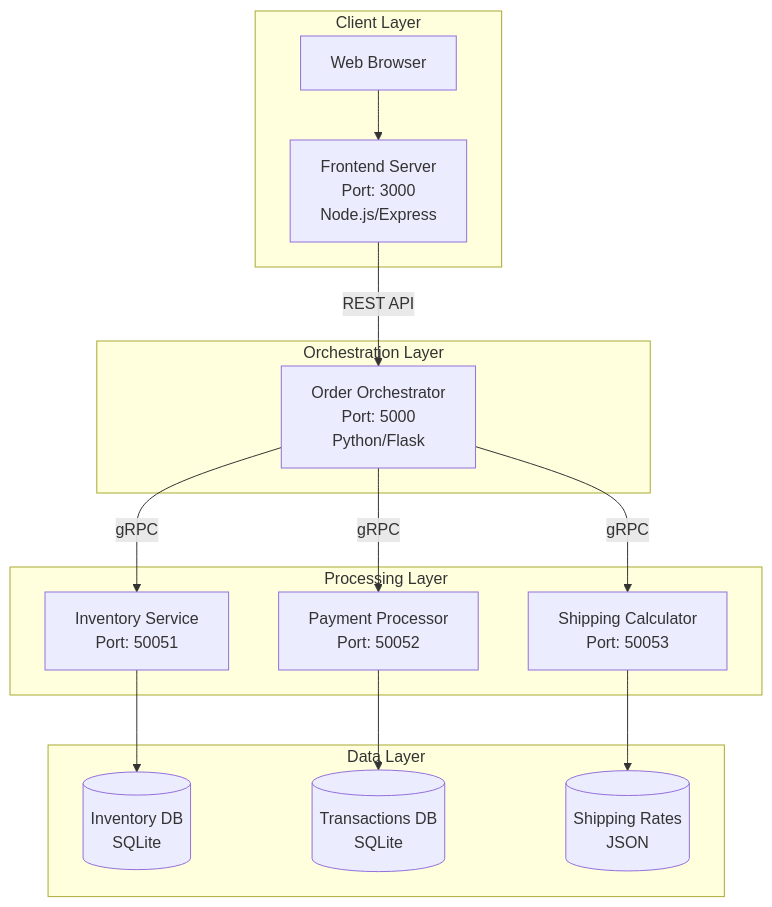
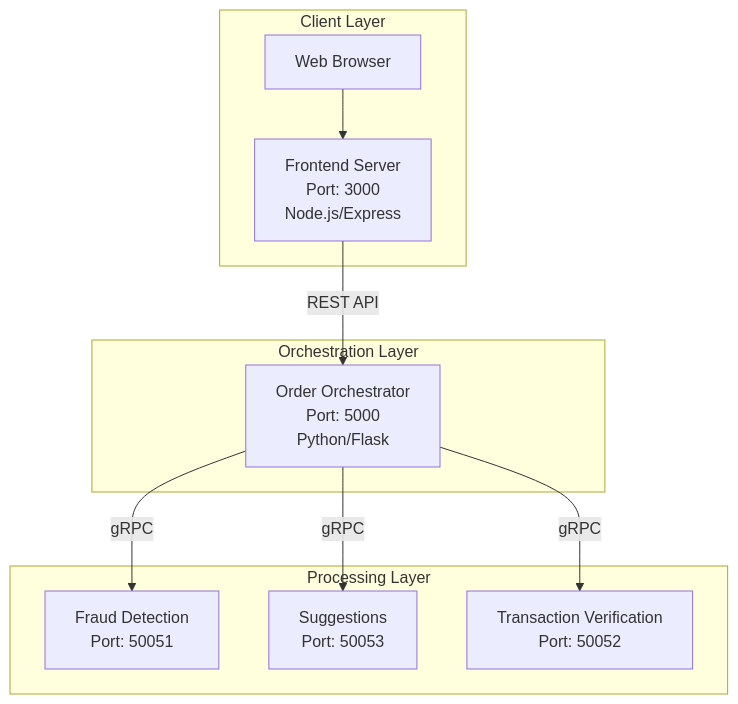
The diagram in README.md (mharisirfan/ds-practice-2025), drawn with Mermaid before and after one commit.

Commit message:
Revise processing layer services in architecture diagram
Updated the architecture diagram in README to reflect changes in the processing layer services.

````diff
--- a/README.md
+++ b/README.md
@@ -10,19 +10,15 @@
 ```mermaid
 graph TD
     subgraph "Client Layer"
         A[Web Browser] --> B[Frontend Server<br/>Port: 3000<br/>Node.js/Express]
     end 
     subgraph "Orchestration Layer"
         B -->|REST API| C[Order Orchestrator<br/>Port: 5000<br/>Python/Flask]
     end    
     subgraph "Processing Layer"
-        C -->|gRPC| D[Inventory Service<br/>Port: 50051]
-        C -->|gRPC| E[Payment Processor<br/>Port: 50052]
-        C -->|gRPC| F[Shipping Calculator<br/>Port: 50053]
+        C -->|gRPC| D[Fraud Detection<br/>Port: 50051]
+        C -->|gRPC| E[Suggestions<br/>Port: 50053]
+        C -->|gRPC| F[Transaction Verification<br/>Port: 50052]
     end
-    subgraph "Data Layer"
-        D --> G[(Inventory DB<br/>SQLite)]
-        E --> H[(Transactions DB<br/>SQLite)]
-        F --> I[(Shipping Rates<br/>JSON)]
-    end
+
 ```
````
